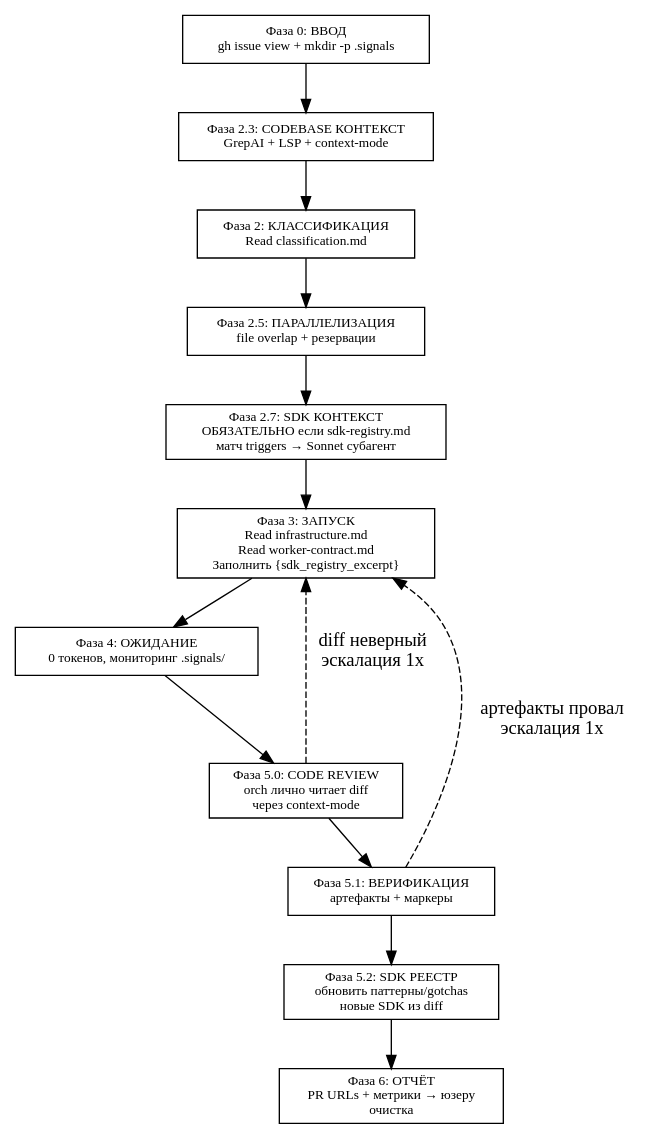
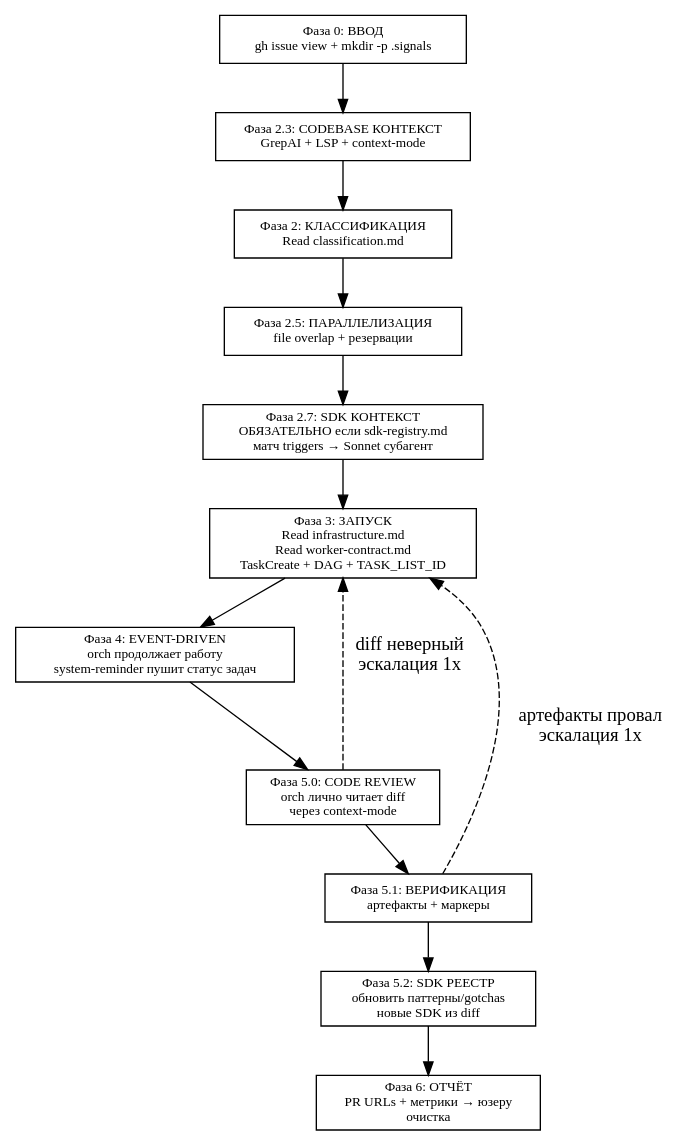
The diagram in .claude/skills/tmux-swarm-orchestration/SKILL.md (yastman/rag), drawn with Graphviz before and after one commit. The commit also changed other lines of this file and 2 other files, not shown here.

First line of the commit message:
docs(skills): tmux-swarm v10 — fix worker spawn (env prefix, C-c buffer clear, Task List HARD-GATE)

````diff
--- a/.claude/skills/tmux-swarm-orchestration/SKILL.md
+++ b/.claude/skills/tmux-swarm-orchestration/SKILL.md
@@ -27,20 +28,20 @@
 ```dot
 digraph flow {
   rankdir=TB; node [shape=box, fontsize=10];
   init [label="Фаза 0: ВВОД\ngh issue view + mkdir -p .signals"];
   codebase [label="Фаза 2.3: CODEBASE КОНТЕКСТ\nGrepAI + LSP + context-mode"];
   classify [label="Фаза 2: КЛАССИФИКАЦИЯ\nRead classification.md"];
   parallel [label="Фаза 2.5: ПАРАЛЛЕЛИЗАЦИЯ\nfile overlap + резервации"];
   sdk [label="Фаза 2.7: SDK КОНТЕКСТ\nОБЯЗАТЕЛЬНО если sdk-registry.md\nматч triggers → Sonnet субагент"];
-  spawn [label="Фаза 3: ЗАПУСК\nRead infrastructure.md\nRead worker-contract.md\nЗаполнить {sdk_registry_excerpt}"];
-  wait [label="Фаза 4: ОЖИДАНИЕ\n0 токенов, мониторинг .signals/"];
+  spawn [label="Фаза 3: ЗАПУСК\nRead infrastructure.md\nRead worker-contract.md\nTaskCreate + DAG + TASK_LIST_ID"];
+  wait [label="Фаза 4: EVENT-DRIVEN\norch продолжает работу\nsystem-reminder пушит статус задач"];
   review [label="Фаза 5.0: CODE REVIEW\norch лично читает diff\nчерез context-mode"];
   verify [label="Фаза 5.1: ВЕРИФИКАЦИЯ\nартефакты + маркеры"];
   sdkupd [label="Фаза 5.2: SDK РЕЕСТР\nобновить паттерны/gotchas\nновые SDK из diff"];
   report [label="Фаза 6: ОТЧЁТ\nPR URLs + метрики → юзеру\nочистка"];
 
   init -> codebase -> classify -> parallel -> sdk -> spawn -> wait -> review -> verify -> sdkupd -> report;
   review -> spawn [label="diff неверный\nэскалация 1x", style=dashed];
   verify -> spawn [label="артефакты провал\nэскалация 1x", style=dashed];
 }
 ```
````
